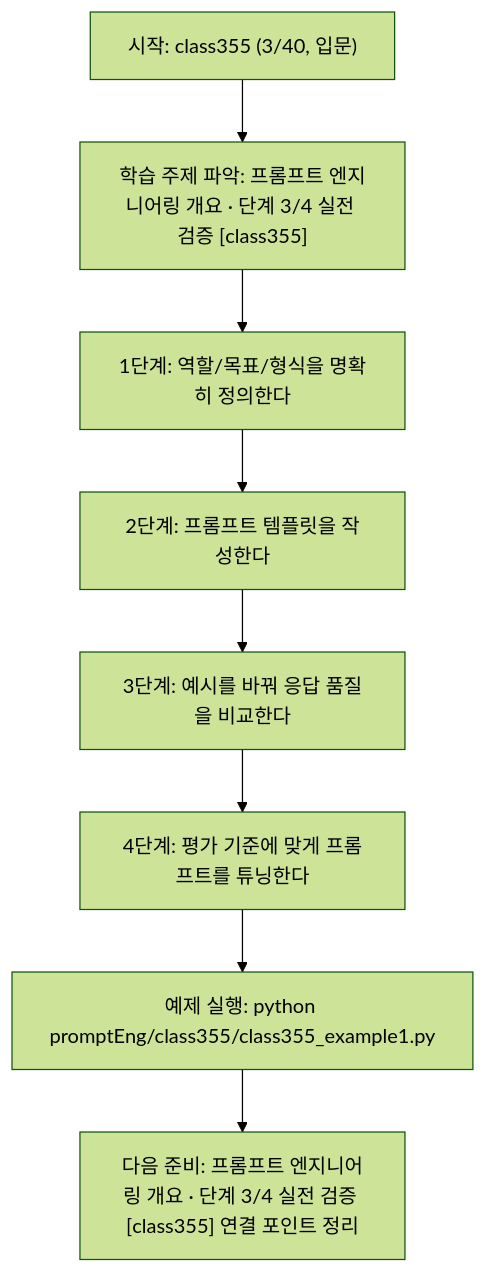
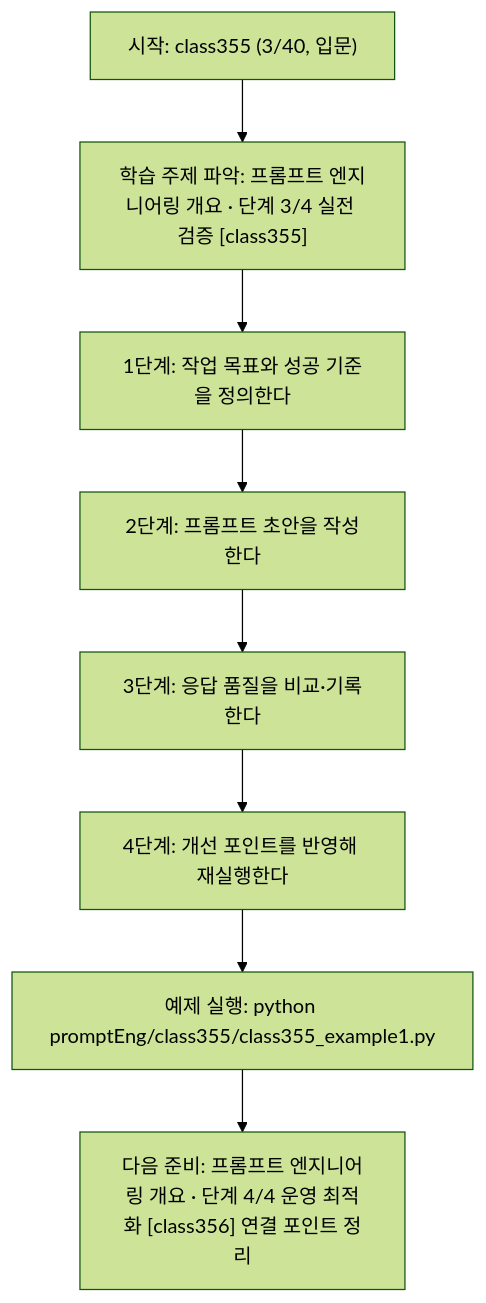
Before and after one commit to edumgt/Python-AI_Agent-Class: the diagram in promptEng/class355/class355.md, drawn with Mermaid (forest theme). The commit also changed other lines of this file and 283 other files, not shown here.

````diff
--- a/promptEng/class355/class355.md
+++ b/promptEng/class355/class355.md
@@ -110,18 +91,18 @@
 ```mermaid
 flowchart TD
 N1["시작: class355 (3/40, 입문)"]
 N2["학습 주제 파악: 프롬프트 엔지니어링 개요 · 단계 3/4 실전 검증 [class355]"]
-N3["1단계: 역할/목표/형식을 명확히 정의한다"]
-N4["2단계: 프롬프트 템플릿을 작성한다"]
-N5["3단계: 예시를 바꿔 응답 품질을 비교한다"]
-N6["4단계: 평가 기준에 맞게 프롬프트를 튜닝한다"]
+N3["1단계: 작업 목표와 성공 기준을 정의한다"]
+N4["2단계: 프롬프트 초안을 작성한다"]
+N5["3단계: 응답 품질을 비교·기록한다"]
+N6["4단계: 개선 포인트를 반영해 재실행한다"]
 N7["예제 실행: python promptEng/class355/class355_example1.py"]
-N8["다음 준비: 프롬프트 엔지니어링 개요 · 단계 3/4 실전 검증 [class355] 연결 포인트 정리"]
+N8["다음 준비: 프롬프트 엔지니어링 개요 · 단계 4/4 운영 최적화 [class356] 연결 포인트 정리"]
 N1 --> N2
 N2 --> N3
 N3 --> N4
 N4 --> N5
 N5 --> N6
 N6 --> N7
 N7 --> N8
 ```
````
